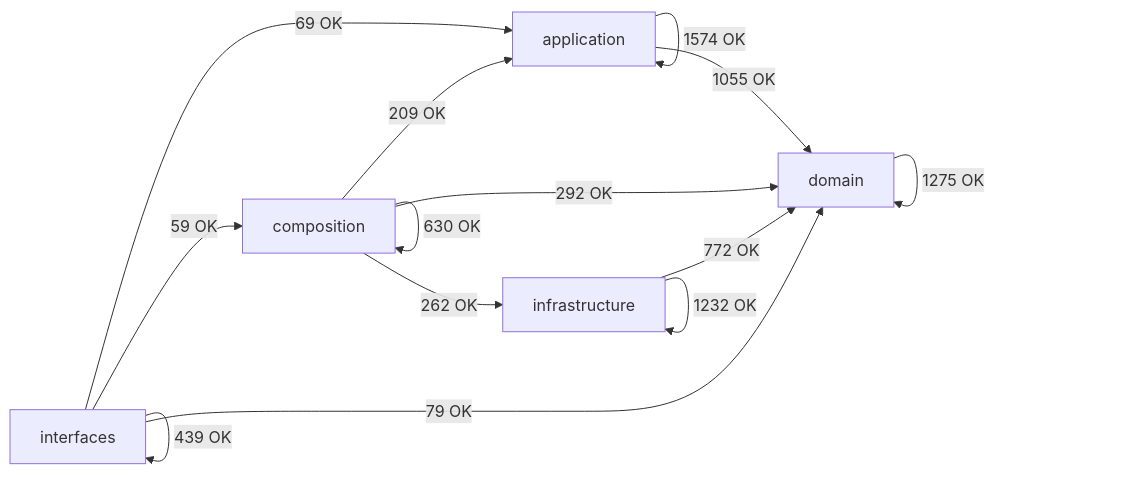
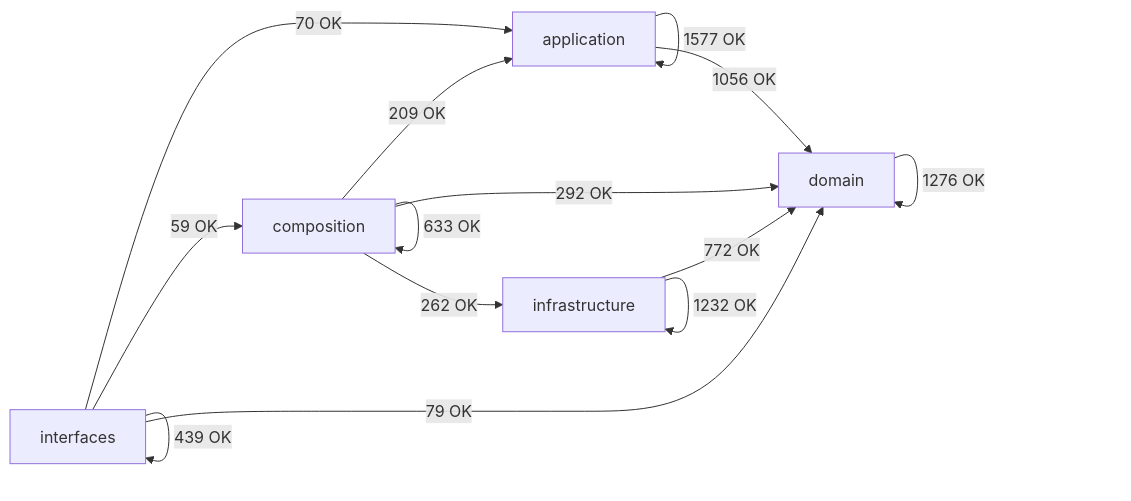
Before and after one commit to SatoryKono/BioactivityDataAcquisition: the diagram in docs/02-architecture/generated/module-dependency-map.md, drawn with Mermaid. The commit also changed other lines of this file and 16 other files, not shown here.

````diff
--- a/docs/02-architecture/generated/module-dependency-map.md
+++ b/docs/02-architecture/generated/module-dependency-map.md
@@ -17,21 +17,21 @@
 ```mermaid
 flowchart LR
     domain[domain]
     application[application]
     infrastructure[infrastructure]
     composition[composition]
     interfaces[interfaces]
-    application -->|1574 OK| application
-    application -->|1055 OK| domain
+    application -->|1577 OK| application
+    application -->|1056 OK| domain
     composition -->|209 OK| application
-    composition -->|630 OK| composition
+    composition -->|633 OK| composition
     composition -->|292 OK| domain
     composition -->|262 OK| infrastructure
-    domain -->|1275 OK| domain
+    domain -->|1276 OK| domain
     infrastructure -->|772 OK| domain
     infrastructure -->|1232 OK| infrastructure
-    interfaces -->|69 OK| application
+    interfaces -->|70 OK| application
     interfaces -->|59 OK| composition
     interfaces -->|79 OK| domain
     interfaces -->|439 OK| interfaces
 ```
````
